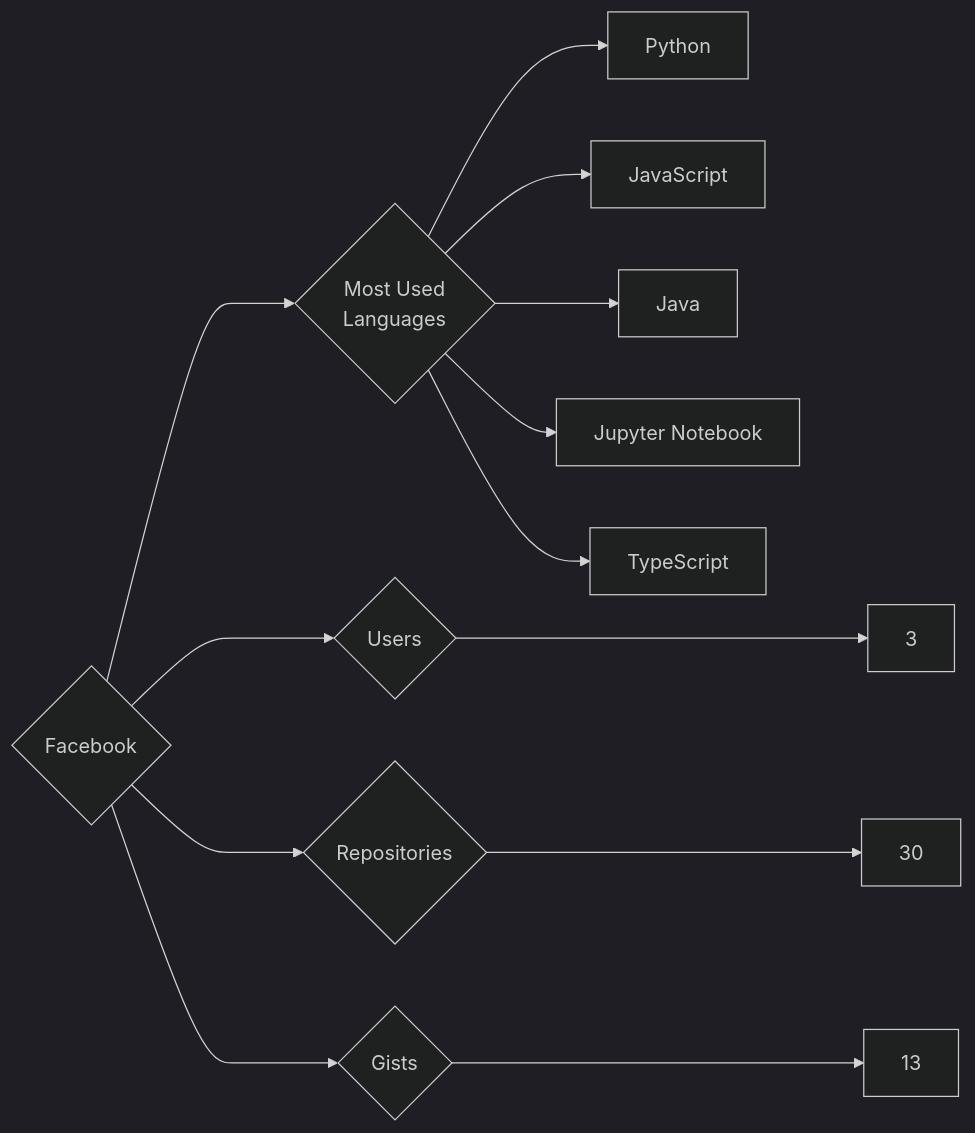
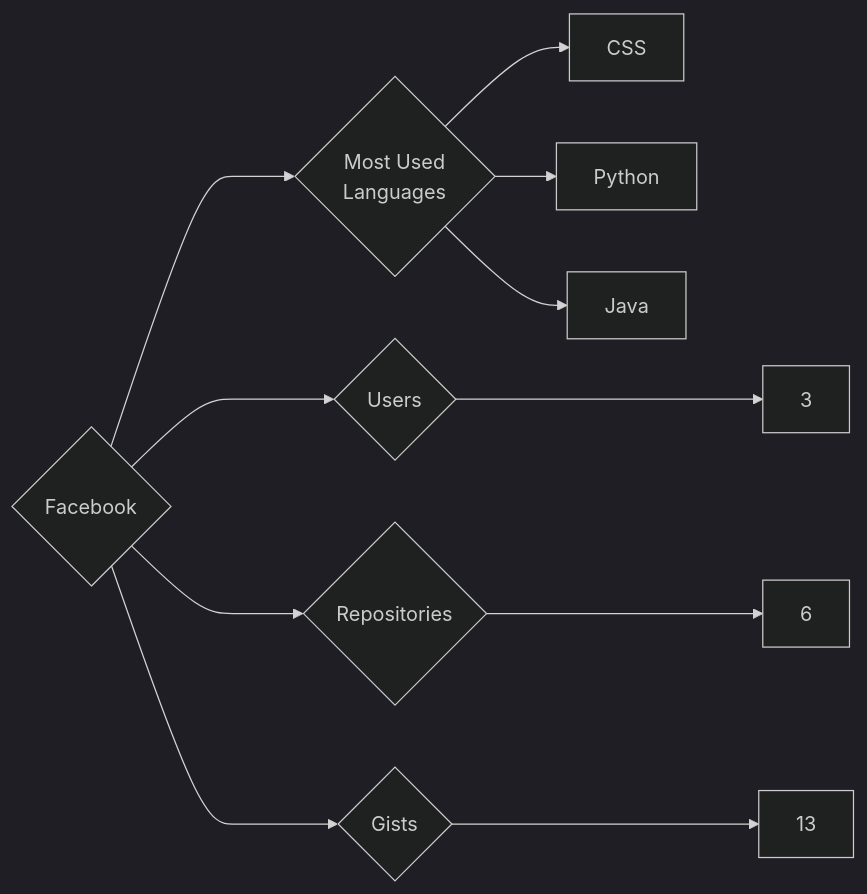
One commit to trickest/insiders changed the diagram in targets/Facebook/README.md. Above: the diagram before and after it, drawn with Mermaid (dark theme). The commit also changed 1003 other files, not shown here.

````diff
--- a/targets/Facebook/README.md
+++ b/targets/Facebook/README.md
@@ -3,13 +3,11 @@
 ```mermaid
 graph LR
 COMPANY_NAME{Facebook}
 COMPANY_NAME ---> U{Users} ---> UN[3]
-COMPANY_NAME ---> R{Repositories} ---> RN[30]
+COMPANY_NAME ---> R{Repositories} ---> RN[6]
 COMPANY_NAME ---> G{Gists} ---> GN[13]
 COMPANY_NAME ---> ML{Most Used<br>Languages}
+ML --> CSS[CSS]
 ML --> Python[Python]
-ML --> JavaScript[JavaScript]
 ML --> Java[Java]
-ML --> Jupyter_Notebook[Jupyter Notebook]
-ML --> TypeScript[TypeScript]
 ```
````
